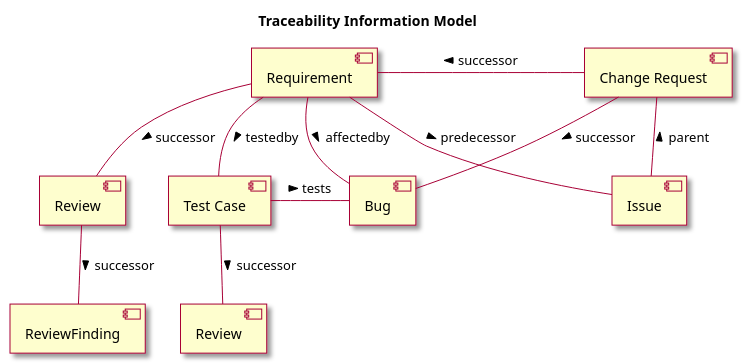
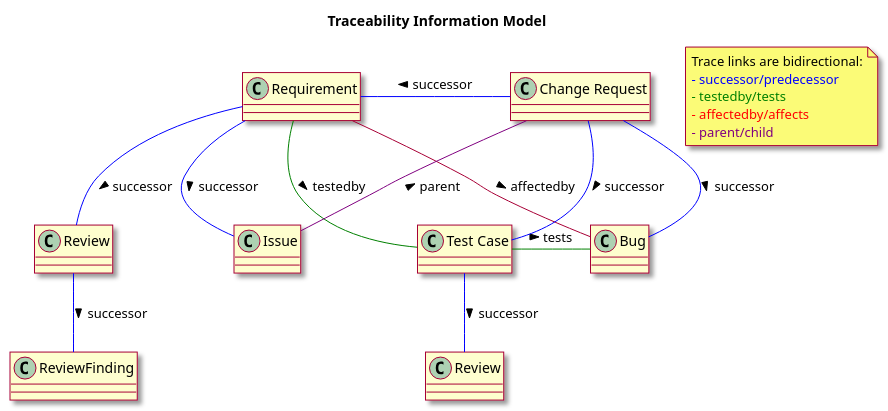
The diagram in processdefinitions/experiment/tim.plantuml (jku-isse/c4s.CQRS-passiveworkflowengine), drawn with PlantUML before and after one commit. The commit also changed 15 other files, not shown here.

```diff
--- a/processdefinitions/experiment/tim.plantuml
+++ b/processdefinitions/experiment/tim.plantuml
@@ -1,30 +1,39 @@
 @startuml
 
 skin rose
 
 title Traceability Information Model
 
-together{
-[Change Request] as cr
-[Issue] as issue
-}
-[Requirement] as req
-[Test Case] as tc
-[Bug] as bug
-[Review] as revreq
-[Review] as revtc
-[ReviewFinding] as finding
+
+Class "Change Request" as cr
+Class "Issue" as issue
+
+Class "Requirement" as req
+Class "Test Case" as tc
+Class "Bug" as bug
+Class "Review" as revreq
+Class "Review" as revtc
+Class "ReviewFinding" as finding
 
 
-cr -left- req : successor >
-req - tc : testedby >
-tc - bug : tests >
+cr -[#blue]left- req : successor >
+req -[#green]down- tc : testedby >
+tc -[#green]right- bug : tests >
 req - bug : affectedby >
-cr -down- bug : successor >
-req -down- revreq : successor >
-revreq -down- finding : successor >
-tc -down- revtc : successor >
-cr -down- issue : parent <
-req - issue : predecessor >
+cr -[#blue]down- tc : successor >
+cr -[#blue]down- bug : successor >
+req -[#blue]down- revreq : successor >
+revreq -[#blue]down- finding : successor >
+tc -[#blue]down- revtc : successor >
+cr -[#purple]down- issue : parent <
+issue -[#blue]- req : successor <
+
+note as N0
+Trace links are bidirectional:
+<color:blue>- successor/predecessor</color>
+<color:green>- testedby/tests</color>
+<color:red>- affectedby/affects</color>
+<color:purple>- parent/child</color>
+end note
 
 @enduml
```
